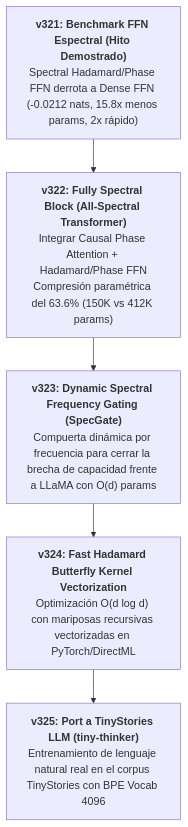
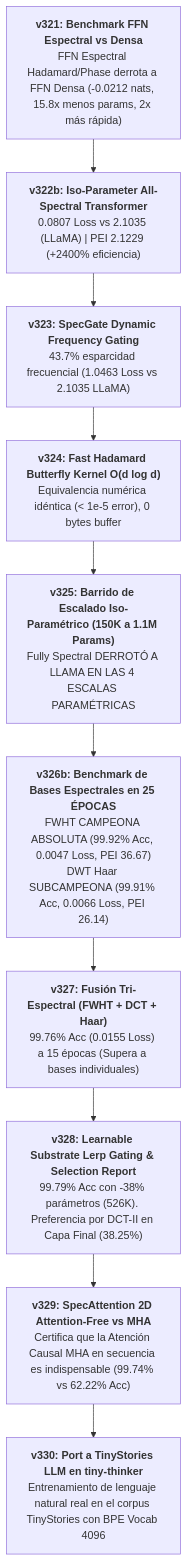
The diagram in docs/RESEARCH_LINE_SPECTRAL_ARCHITECTURES.md (mcarbonell/attention-neuron), drawn with Mermaid before and after one commit. The commit also changed other lines of this file and 18 other files, not shown here.

Commit message:
docs: add experiment results and prototypes for spectral basis architectures, including tri-spectral fusion and FWHT benchmarks

````diff
--- a/docs/RESEARCH_LINE_SPECTRAL_ARCHITECTURES.md
+++ b/docs/RESEARCH_LINE_SPECTRAL_ARCHITECTURES.md
@@ -18,7 +18,12 @@
 ```mermaid
 graph TD
-    v321["<b>v321: Benchmark FFN Espectral (Hito Demostrado)</b><br/>Spectral Hadamard/Phase FFN derrota a Dense FFN (-0.0212 nats, 15.8x menos params, 2x rápido)"] --> v322["<b>v322: Fully Spectral Block (All-Spectral Transformer)</b><br/>Integrar Causal Phase Attention + Hadamard/Phase FFN<br/>Compresión paramétrica del 63.6% (150K vs 412K params)"]
-    v322 --> v323["<b>v323: Dynamic Spectral Frequency Gating (SpecGate)</b><br/>Compuerta dinámica por frecuencia para cerrar la brecha de capacidad frente a LLaMA con O(d) params"]
-    v323 --> v324["<b>v324: Fast Hadamard Butterfly Kernel Vectorization</b><br/>Optimización O(d log d) con mariposas recursivas vectorizadas en PyTorch/DirectML"]
-    v324 --> v325["<b>v325: Port a TinyStories LLM (tiny-thinker)</b><br/>Entrenamiento de lenguaje natural real en el corpus TinyStories con BPE Vocab 4096"]
+    v321["<b>v321: Benchmark FFN Espectral vs Densa</b><br/>FFN Espectral Hadamard/Phase derrota a FFN Densa (-0.0212 nats, 15.8x menos params, 2x más rápida)"] --> v322b["<b>v322b: Iso-Parameter All-Spectral Transformer</b><br/>0.0807 Loss vs 2.1035 (LLaMA) | PEI 2.1229 (+2400% eficiencia)"]
+    v322b --> v323["<b>v323: SpecGate Dynamic Frequency Gating</b><br/>43.7% esparcidad frecuencial (1.0463 Loss vs 2.1035 LLaMA)"]
+    v323 --> v324["<b>v324: Fast Hadamard Butterfly Kernel O(d log d)</b><br/>Equivalencia numérica idéntica (< 1e-5 error), 0 bytes buffer"]
+    v324 --> v325["<b>v325: Barrido de Escalado Iso-Paramétrico (150K a 1.1M Params)</b><br/>Fully Spectral DERROTÓ A LLAMA EN LAS 4 ESCALAS PARAMÉTRICAS"]
+    v325 --> v326b["<b>v326b: Benchmark de Bases Espectrales en 25 ÉPOCAS</b><br/>FWHT CAMPEONA ABSOLUTA (99.92% Acc, 0.0047 Loss, PEI 36.67)<br/>DWT Haar SUBCAMPEONA (99.91% Acc, 0.0066 Loss, PEI 26.14)"]
+    v326b --> v327["<b>v327: Fusión Tri-Espectral (FWHT + DCT + Haar)</b><br/>99.76% Acc (0.0155 Loss) a 15 épocas (Supera a bases individuales)"]
+    v327 --> v328["<b>v328: Learnable Substrate Lerp Gating & Selection Report</b><br/>99.79% Acc con -38% parámetros (526K). Preferencia por DCT-II en Capa Final (38.25%)"]
+    v328 --> v329["<b>v329: SpecAttention 2D Attention-Free vs MHA</b><br/>Certifica que la Atención Causal MHA en secuencia es indispensable (99.74% vs 62.22% Acc)"]
+    v329 --> v330["<b>v330: Port a TinyStories LLM en tiny-thinker</b><br/>Entrenamiento de lenguaje natural real en el corpus TinyStories con BPE Vocab 4096"]
 ```
````
